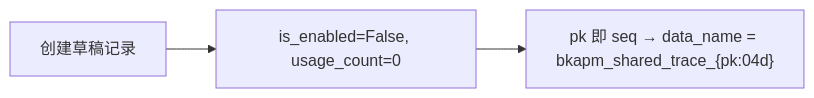
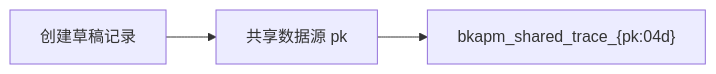
One commit to ZhuoZhuoCrayon/ai-workspace changed the sixth of 10 diagrams in knowledge/bkmonitor/issues/2026-03-03-apm-shared-datasource/PLAN.md. Above: the diagram before and after it, drawn with Mermaid. The commit also changed other lines of this file, not shown here.

First line of the commit message:
docs(bkmonitor): refine APM shared datasource PLAN structure and diagrams

````diff
--- a/knowledge/bkmonitor/issues/2026-03-03-apm-shared-datasource/PLAN.md
+++ b/knowledge/bkmonitor/issues/2026-03-03-apm-shared-datasource/PLAN.md
@@ -198,5 +207,5 @@
 ```mermaid
 flowchart LR
-    A[创建草稿记录] --> B["is_enabled=False, usage_count=0"]
-    B --> C["pk 即 seq → data_name = bkapm_shared_trace_{pk:04d}"]
+    A[创建草稿记录] --> B[共享数据源 pk]
+    B --> C["bkapm_shared_trace_{pk:04d}"]
 ```
````
